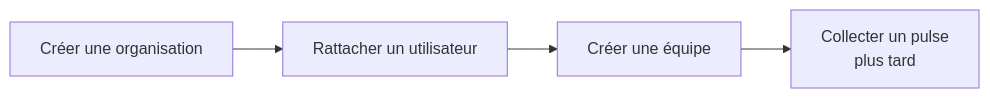
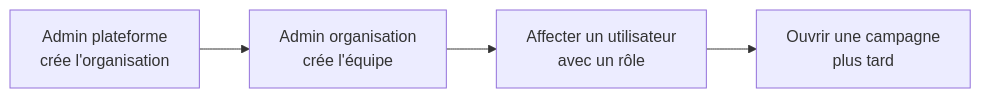
The second of 11 diagrams in slidev/pages/weeks/W001.md (amrine/from-dev-to-architect), drawn with Mermaid before and after one commit. The commit also changed other lines of this file and 6 other files, not shown here.

````diff
--- a/slidev/pages/weeks/W001.md
+++ b/slidev/pages/weeks/W001.md
@@ -123,6 +123,6 @@
 ```mermaid {scale: 0.62}
 flowchart LR
-  O["Créer une organisation"] --> U["Rattacher un utilisateur"]
-  U --> T["Créer une équipe"]
-  T --> P["Collecter un pulse<br/>plus tard"]
+  P["Admin plateforme<br/>crée l'organisation"] --> O["Admin organisation<br/>crée l'équipe"]
+  O --> U["Affecter un utilisateur<br/>avec un rôle"]
+  U --> C["Ouvrir une campagne<br/>plus tard"]
 ```
````
